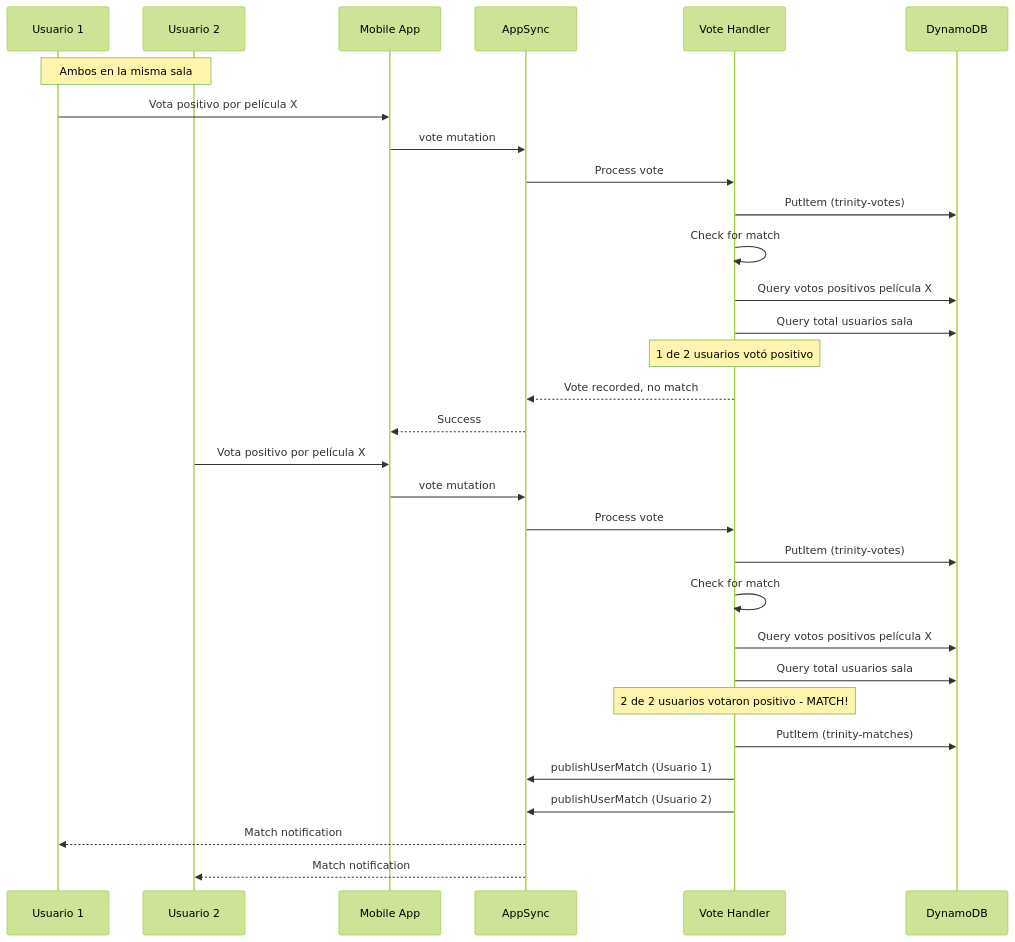
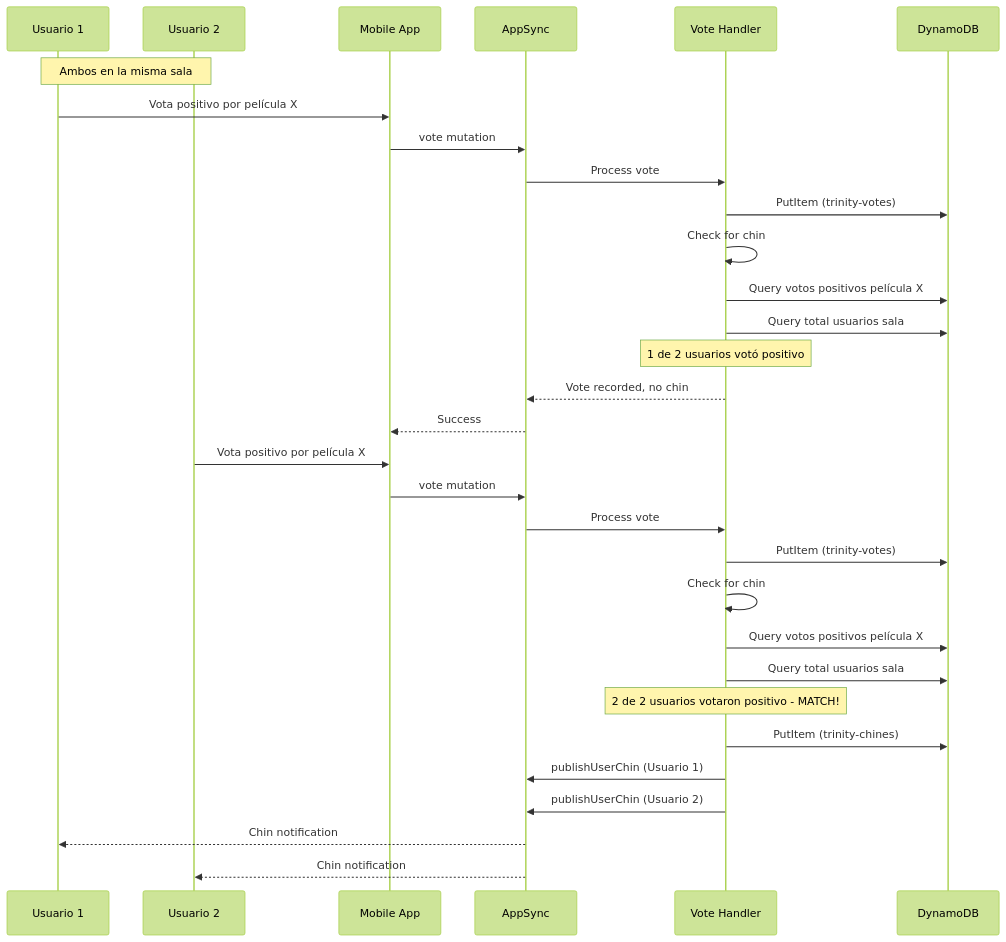
One commit to ibanezbetes/trinity-movie-voting changed the third of 6 diagrams in docs/technical/07-application-flows.md. Above: the diagram before and after it, drawn with Mermaid (forest theme). The commit also changed other lines of this file and 54 other files, not shown here.

````diff
--- a/docs/technical/07-application-flows.md
+++ b/docs/technical/07-application-flows.md
@@ -219,41 +219,41 @@
 ```mermaid
 sequenceDiagram
     participant U1 as Usuario 1
     participant U2 as Usuario 2
     participant M as Mobile App
     participant AS as AppSync
     participant VH as Vote Handler
     participant DB as DynamoDB
 
     Note over U1,U2: Ambos en la misma sala
 
     U1->>M: Vota positivo por película X
     M->>AS: vote mutation
     AS->>VH: Process vote
     
     VH->>DB: PutItem (trinity-votes)
-    VH->>VH: Check for match
+    VH->>VH: Check for chin
     VH->>DB: Query votos positivos película X
     VH->>DB: Query total usuarios sala
     
     Note over VH: 1 de 2 usuarios votó positivo
-    VH-->>AS: Vote recorded, no match
+    VH-->>AS: Vote recorded, no chin
     AS-->>M: Success
     
     U2->>M: Vota positivo por película X
     M->>AS: vote mutation
     AS->>VH: Process vote
     
     VH->>DB: PutItem (trinity-votes)
-    VH->>VH: Check for match
+    VH->>VH: Check for chin
     VH->>DB: Query votos positivos película X
     VH->>DB: Query total usuarios sala
     
     Note over VH: 2 de 2 usuarios votaron positivo - MATCH!
-    VH->>DB: PutItem (trinity-matches)
-    VH->>AS: publishUserMatch (Usuario 1)
-    VH->>AS: publishUserMatch (Usuario 2)
+    VH->>DB: PutItem (trinity-chines)
+    VH->>AS: publishUserChin (Usuario 1)
+    VH->>AS: publishUserChin (Usuario 2)
     
-    AS-->>U1: Match notification
-    AS-->>U2: Match notification
+    AS-->>U1: Chin notification
+    AS-->>U2: Chin notification
 ```
````
